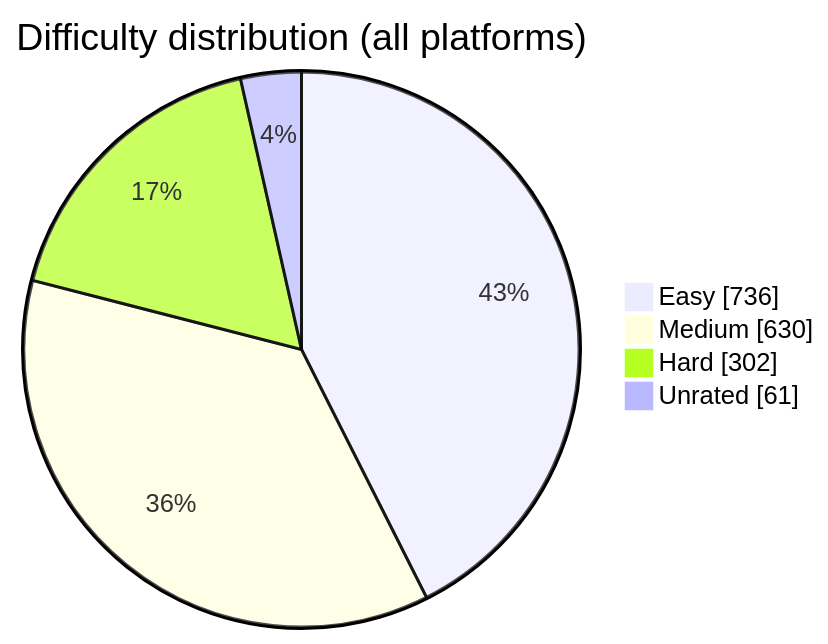
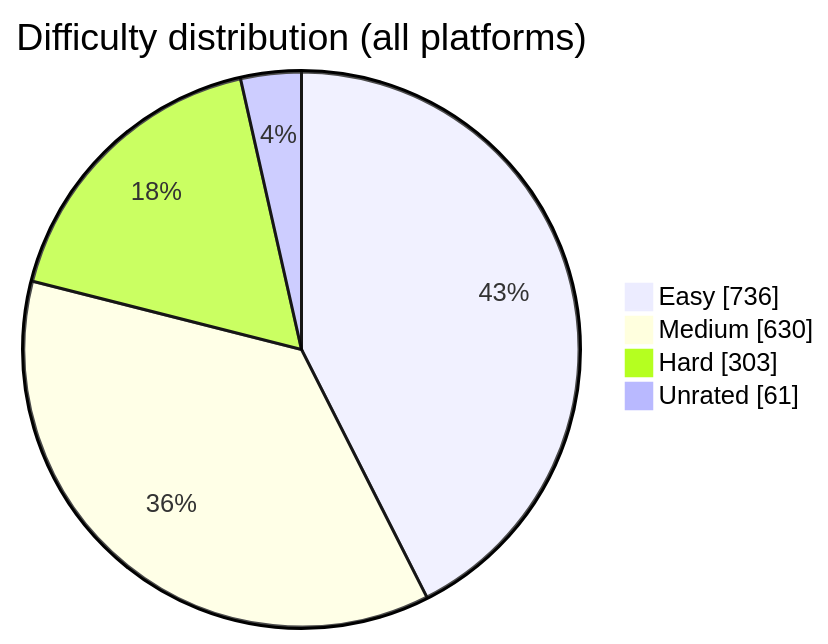
One commit to BuildbyArindam/Daily-Coding-Log changed the diagram in README.md. Above: the diagram before and after it, drawn with Mermaid. The commit also changed other lines of this file, not shown here.

````diff
--- a/README.md
+++ b/README.md
@@ -93,7 +93,7 @@
 ```mermaid
 pie showData title Difficulty distribution (all platforms)
     "Easy" : 736
     "Medium" : 630
-    "Hard" : 302
+    "Hard" : 303
     "Unrated" : 61
 ```
````
